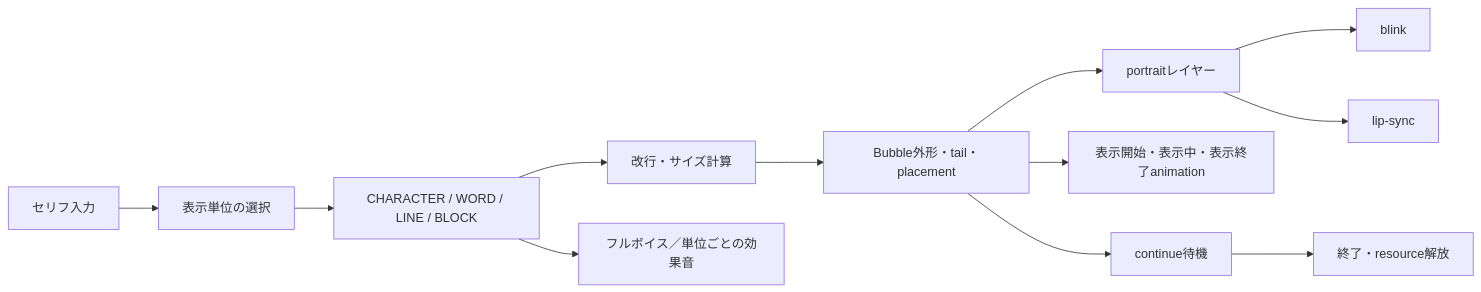
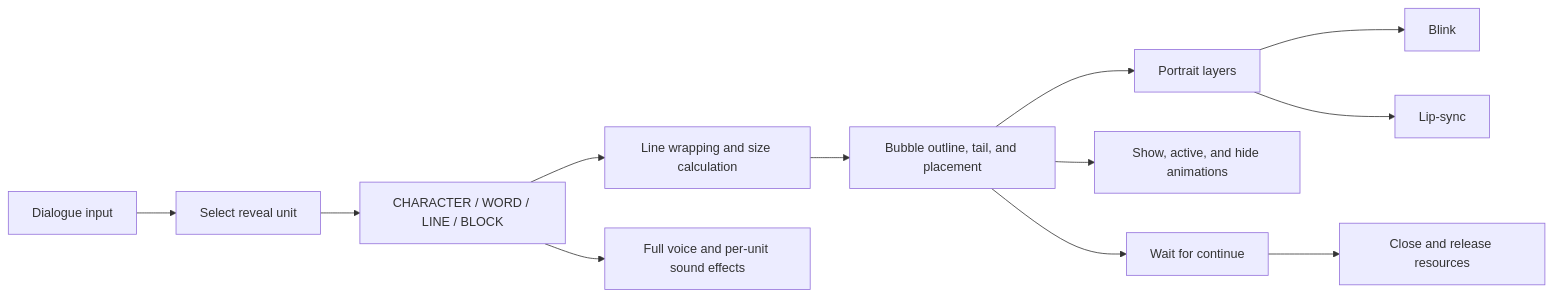
One commit to kubohiroya/turbowarp-bubble changed the first of 6 diagrams in README.md. Above: the diagram before and after it, drawn with Mermaid. The commit also changed other lines of this file and 40 other files, not shown here.

````diff
--- a/README.md
+++ b/README.md
@@ -18,14 +22,14 @@
 ```mermaid
 flowchart LR
-  input[セリフ入力] --> reveal[表示単位の選択]
+  input[Dialogue input] --> reveal[Select reveal unit]
   reveal --> text[CHARACTER / WORD / LINE / BLOCK]
-  text --> layout[改行・サイズ計算]
-  layout --> body[Bubble外形・tail・placement]
-  text --> voice[フルボイス／単位ごとの効果音]
-  body --> portrait[portraitレイヤー]
-  portrait --> blink[blink]
-  portrait --> lipsync[lip-sync]
-  body --> motion[表示開始・表示中・表示終了animation]
-  body --> wait[continue待機]
-  wait --> close[終了・resource解放]
+  text --> layout[Line wrapping and size calculation]
+  layout --> body[Bubble outline, tail, and placement]
+  text --> voice[Full voice and per-unit sound effects]
+  body --> portrait[Portrait layers]
+  portrait --> blink[Blink]
+  portrait --> lipsync[Lip-sync]
+  body --> motion[Show, active, and hide animations]
+  body --> wait[Wait for continue]
+  wait --> close[Close and release resources]
 ```
````
